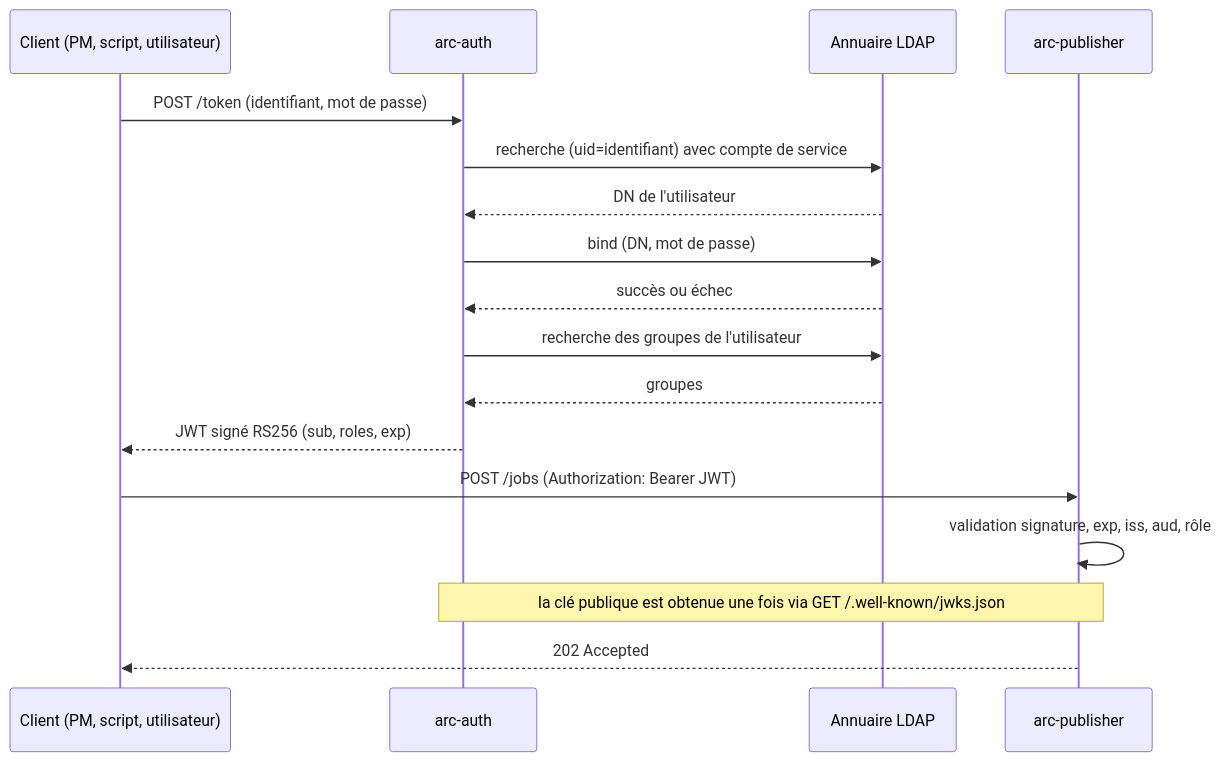
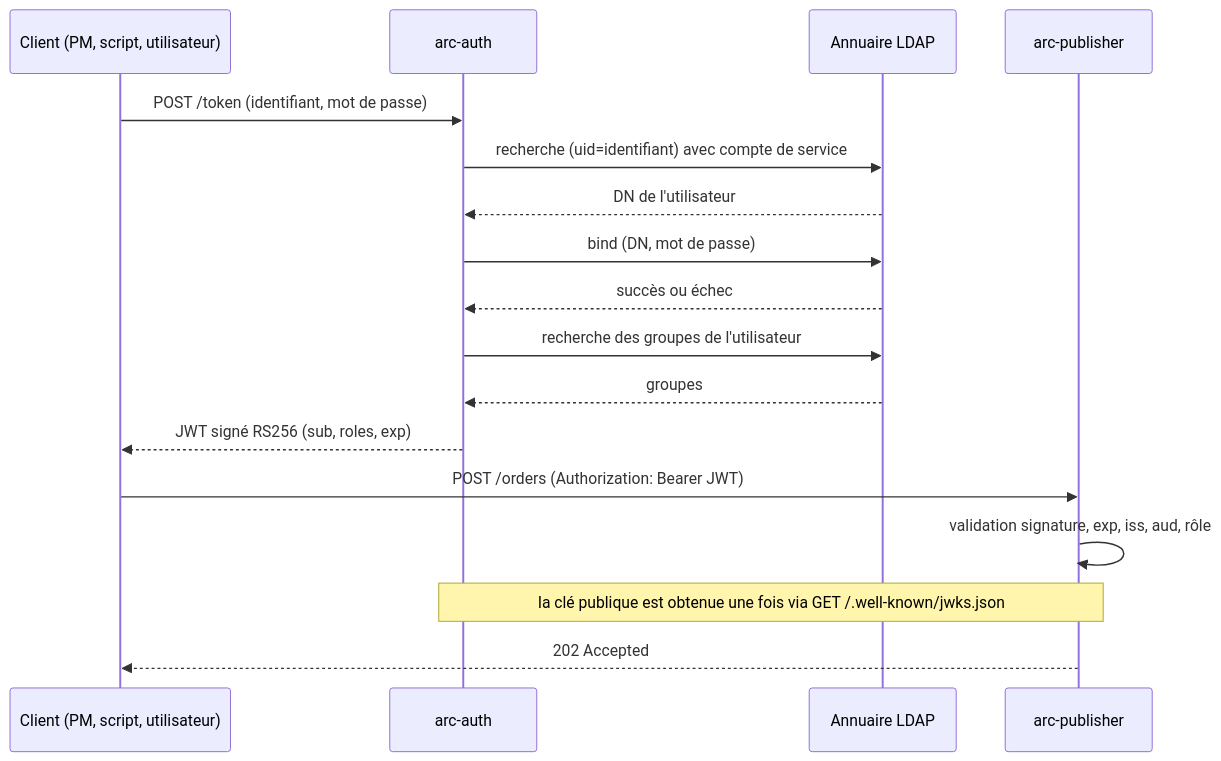
One commit to arckit-iam/arc-docs changed the diagram in docs/13-authentification-jwt.md. Above: the diagram before and after it, drawn with Mermaid. The commit also changed other lines of this file and 3 other files, not shown here.

````diff
--- a/docs/13-authentification-jwt.md
+++ b/docs/13-authentification-jwt.md
@@ -19,20 +19,20 @@
 ```mermaid
 sequenceDiagram
     participant C as Client (PM, script, utilisateur)
     participant A as arc-auth
     participant L as Annuaire LDAP
     participant P as arc-publisher
 
     C->>A: POST /token (identifiant, mot de passe)
     A->>L: recherche (uid=identifiant) avec compte de service
     L-->>A: DN de l'utilisateur
     A->>L: bind (DN, mot de passe)
     L-->>A: succès ou échec
     A->>L: recherche des groupes de l'utilisateur
     L-->>A: groupes
     A-->>C: JWT signé RS256 (sub, roles, exp)
-    C->>P: POST /jobs (Authorization: Bearer JWT)
+    C->>P: POST /orders (Authorization: Bearer JWT)
     P->>P: validation signature, exp, iss, aud, rôle
     Note over P,A: la clé publique est obtenue une fois via GET /.well-known/jwks.json
     P-->>C: 202 Accepted
 ```
````
